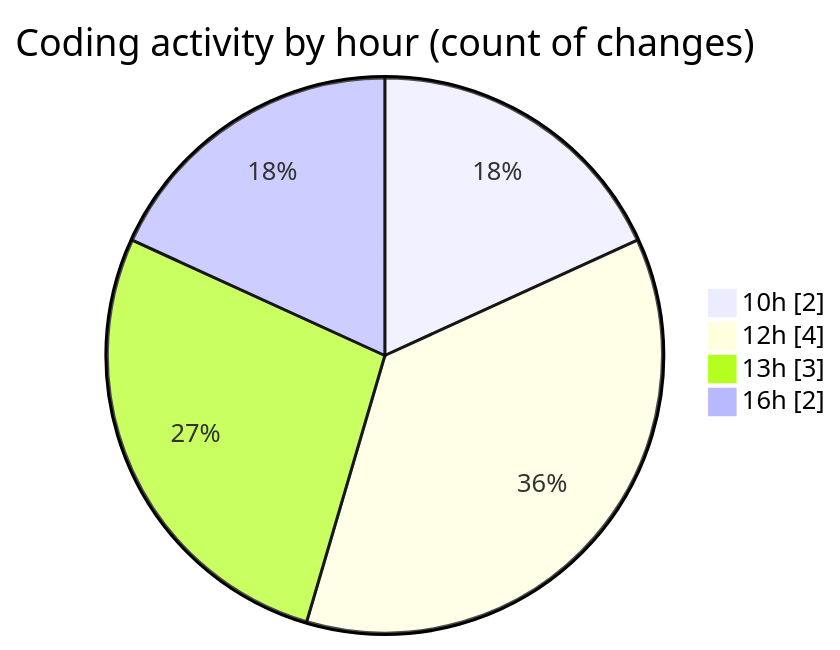
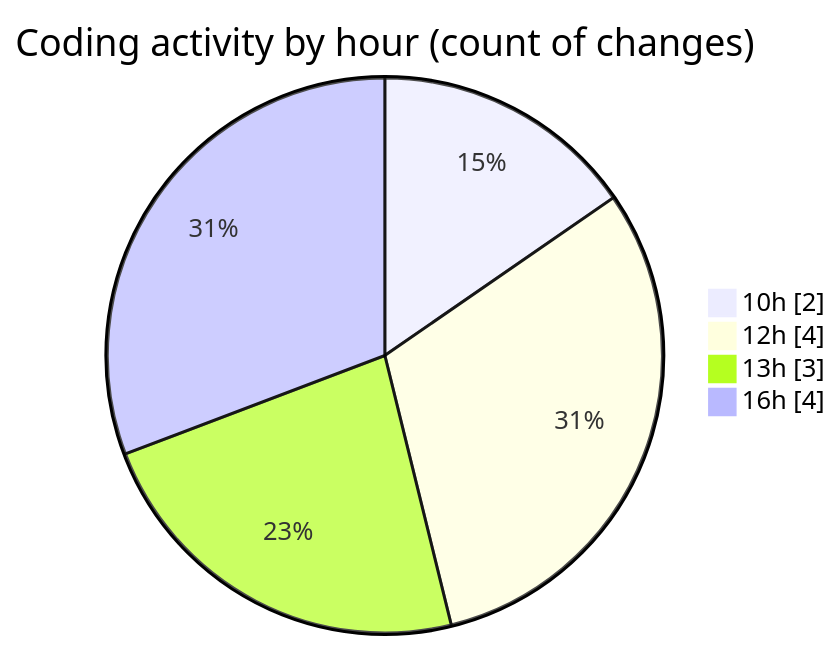
The second of 2 diagrams in 2026-02-16/nxtqube_webapp/README.md (nxtqubesakshisongat/code-tracking), drawn with Mermaid before and after one commit. The commit also changed other lines of this file and 1 other file, not shown here.

````diff
--- a/2026-02-16/nxtqube_webapp/README.md
+++ b/2026-02-16/nxtqube_webapp/README.md
@@ -31,8 +31,8 @@
 ```mermaid
 pie showData
 title Coding activity by hour (count of changes)
 "10h" : 2
 "12h" : 4
 "13h" : 3
-"16h" : 2
+"16h" : 4
 ```
````
